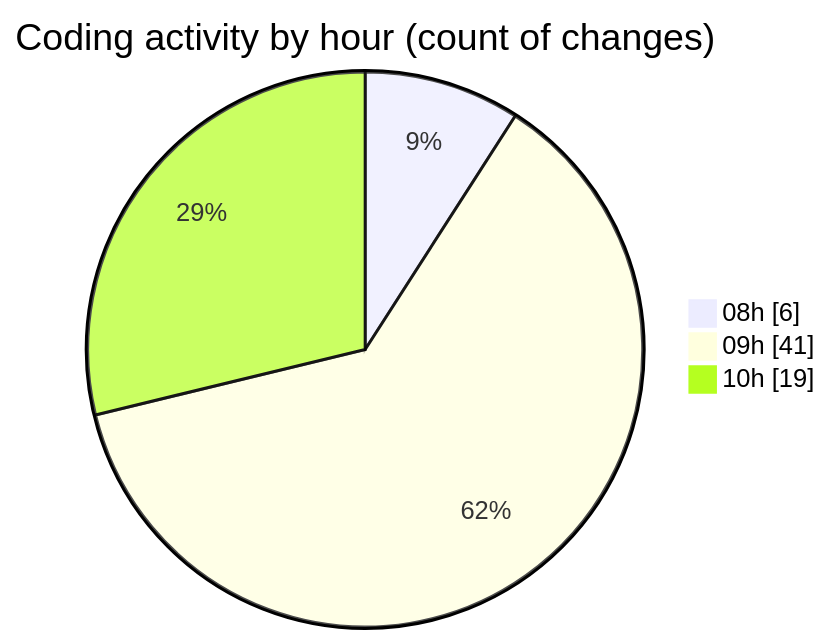
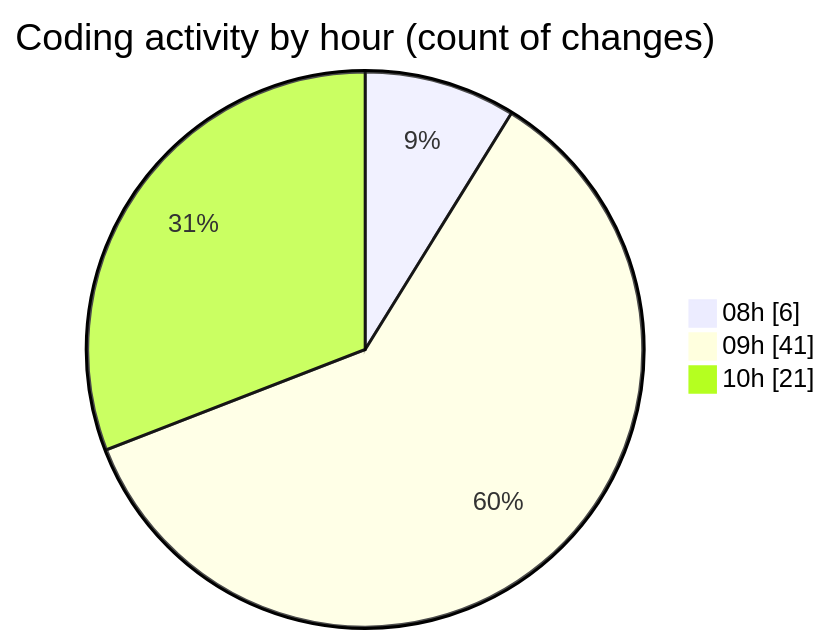
Before and after one commit to momahboobian/code-tracking: the second of 2 diagrams in 2026-01-29/cda/README.md, drawn with Mermaid. The commit also changed other lines of this file and 1 other file, not shown here.

````diff
--- a/2026-01-29/cda/README.md
+++ b/2026-01-29/cda/README.md
@@ -34,7 +34,7 @@
 ```mermaid
 pie showData
 title Coding activity by hour (count of changes)
 "08h" : 6
 "09h" : 41
-"10h" : 19
+"10h" : 21
 ```
````
